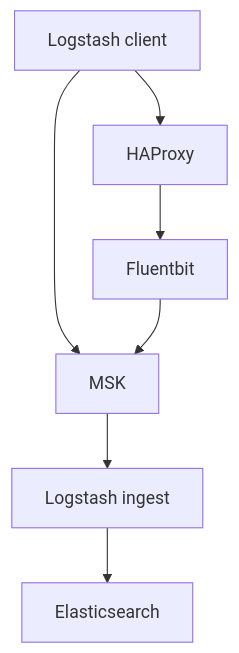
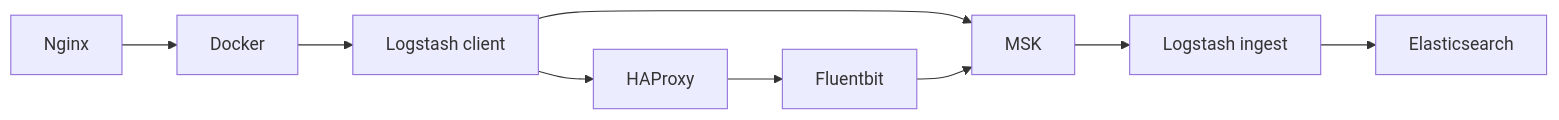
The diagram in README.md (Saskia-MDTP/can-hedgehogs-fly), drawn with Mermaid before and after one commit.

````diff
--- a/README.md
+++ b/README.md
@@ -6,6 +6,6 @@
 ```mermaid
-  graph TD;
-      LC[Logstash client]-->MSK;
+  graph LR;
+      Nginx-->Docker-->LC[Logstash client]-->MSK;
       LC[Logstash client]-->HAProxy-->Fluentbit-->MSK;
       MSK-->LI[Logstash ingest]--> Elasticsearch;
 ```
````
